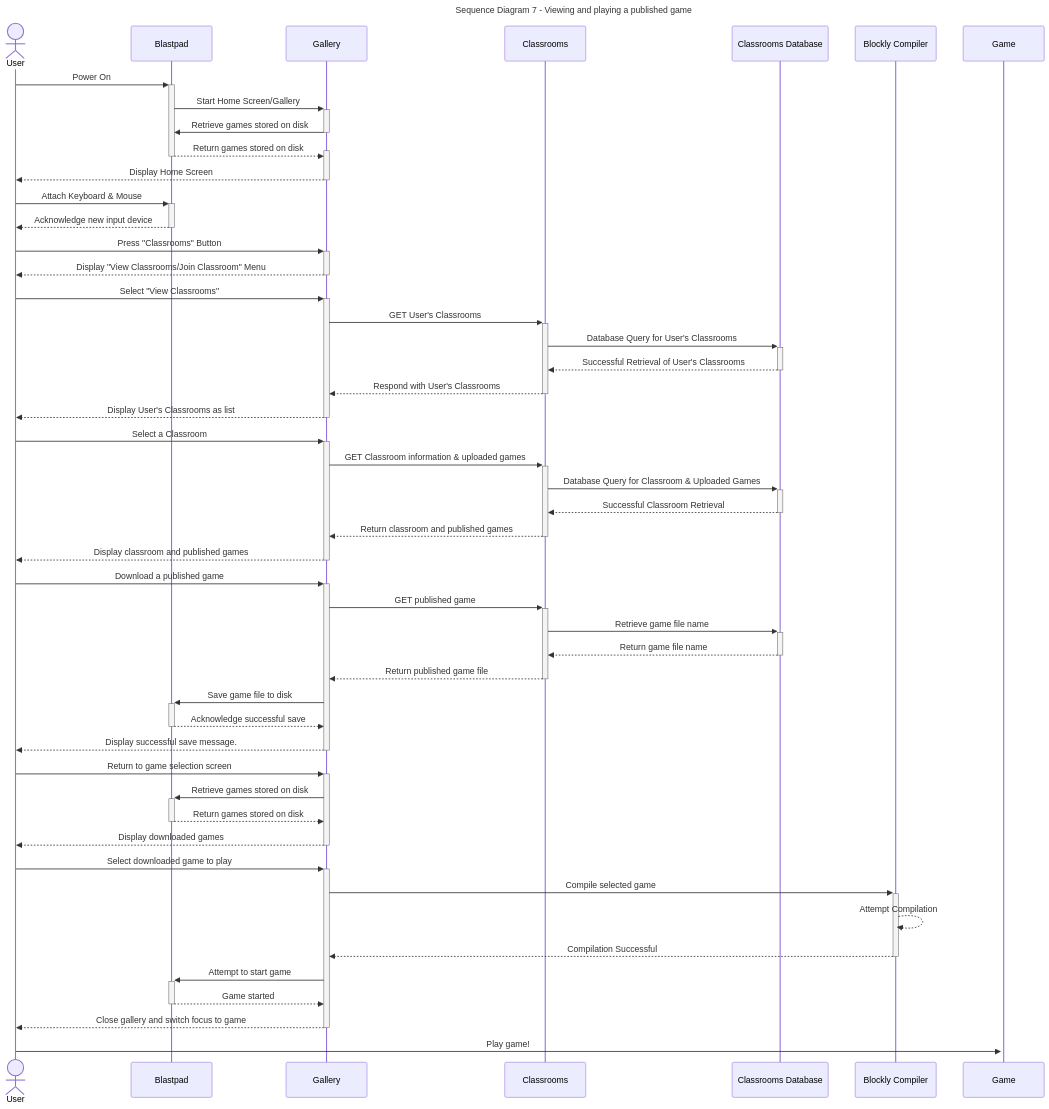
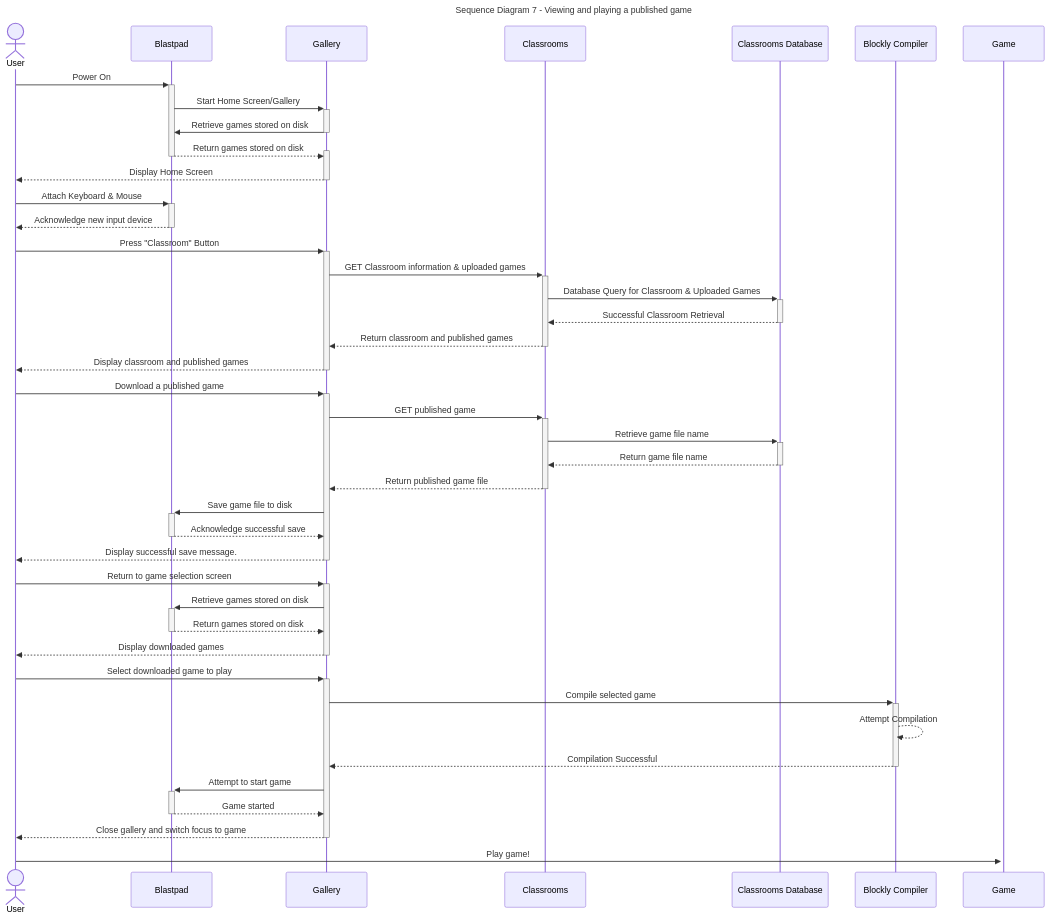
One commit to Capstone-Projects-2024-Spring/project-blastpad changed the sixth of 10 diagrams in documentation/docs/system-architecture/sequence-diagrams.md. Above: the diagram before and after it, drawn with Mermaid. The commit also changed other lines of this file, not shown here.

Commit message:
Updated Use Case 7 (now Use Case 6) and edited sequence diagram for it.

````diff
--- a/documentation/docs/system-architecture/sequence-diagrams.md
+++ b/documentation/docs/system-architecture/sequence-diagrams.md
@@ -211,58 +209,49 @@
 ```mermaid
 ---
 title: "Sequence Diagram 7 - Viewing and playing a published game"
 ---
 
 sequenceDiagram
 actor User
 User->>+Blastpad: Power On
 Blastpad->>+Gallery: Start Home Screen/Gallery
 Gallery->>-Blastpad: Retrieve games stored on disk
 Blastpad-->>+Gallery: Return games stored on disk
 deactivate Blastpad	
 Gallery-->>-User: Display Home Screen
 
 User->>+Blastpad: Attach Keyboard & Mouse
 Blastpad-->>-User: Acknowledge new input device
 
-User->>+Gallery: Press "Classrooms" Button
-Gallery-->>-User: Display "View Classrooms/Join Classroom" Menu
-User->>+Gallery: Select "View Classrooms"
-Gallery->>+Classrooms: GET User's Classrooms
-Classrooms->>+Classrooms Database: Database Query for User's Classrooms
-Classrooms Database-->>-Classrooms: Successful Retrieval of User's Classrooms
-Classrooms-->>-Gallery: Respond with User's Classrooms
-Gallery-->>-User: Display User's Classrooms as list
-
-User->>+Gallery: Select a Classroom
+User->>+Gallery: Press "Classroom" Button
 Gallery->>+Classrooms: GET Classroom information & uploaded games
 Classrooms->>+Classrooms Database: Database Query for Classroom & Uploaded Games
 Classrooms Database-->>-Classrooms: Successful Classroom Retrieval
 Classrooms-->>-Gallery: Return classroom and published games
 Gallery-->>-User: Display classroom and published games
 
 User->>+Gallery: Download a published game
 Gallery->>+Classrooms: GET published game
 Classrooms->>+Classrooms Database: Retrieve game file name
 Classrooms Database-->>-Classrooms: Return game file name
 Classrooms-->>-Gallery: Return published game file
 Gallery->>+Blastpad: Save game file to disk
 Blastpad-->>-Gallery: Acknowledge successful save
 Gallery-->>-User: Display successful save message.
 
 
 User->>+Gallery: Return to game selection screen
 Gallery->>+Blastpad: Retrieve games stored on disk
 Blastpad-->>-Gallery: Return games stored on disk
 Gallery-->>-User: Display downloaded games
 
 User->>+Gallery: Select downloaded game to play
 Gallery->>+Blockly Compiler: Compile selected game
 Blockly Compiler-->>Blockly Compiler: Attempt Compilation
 Blockly Compiler-->>-Gallery: Compilation Successful
 Gallery->>+Blastpad: Attempt to start game
 Blastpad-->>-Gallery: Game started
 Gallery-->>-User: Close gallery and switch focus to game
 User->>+Game: Play game!
 
 ```
````
